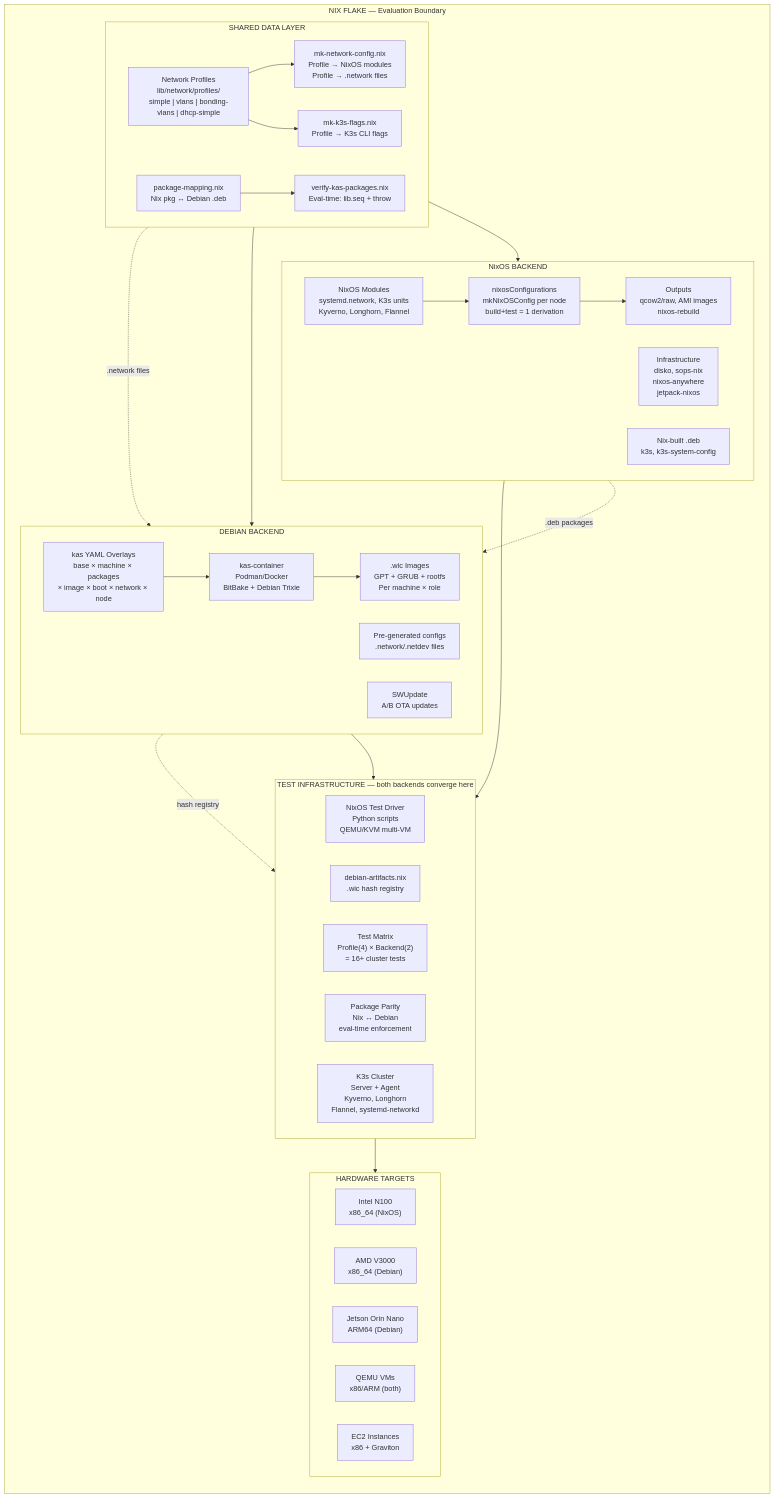
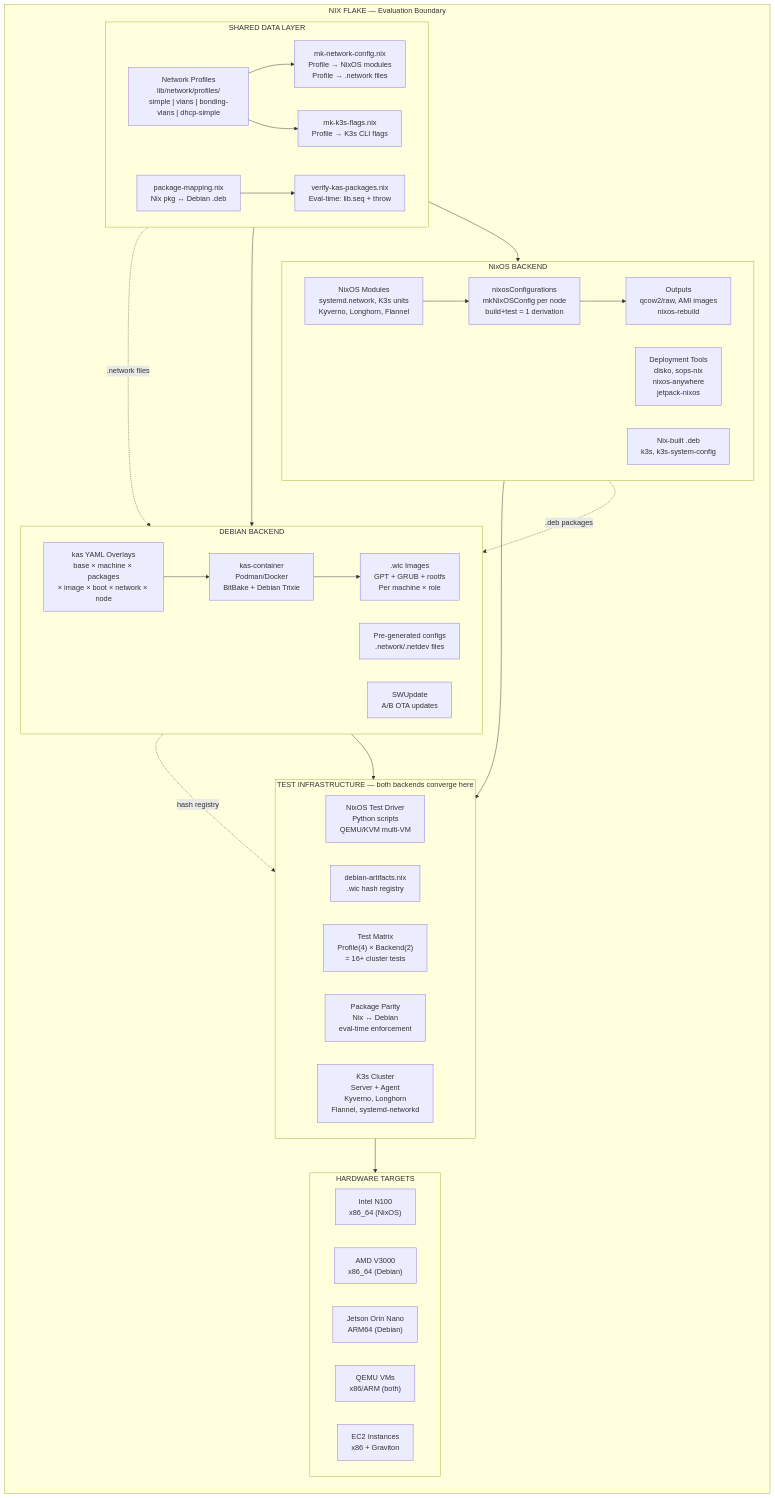
Before and after one commit to kyosaku-kai/n3x: the first of 3 diagrams in docs/diagrams/n3x-architecture.md, drawn with Mermaid. The commit also changed other lines of this file and 44 other files, not shown here.

````diff
--- a/docs/diagrams/n3x-architecture.md
+++ b/docs/diagrams/n3x-architecture.md
@@ -11,69 +11,69 @@
 ```mermaid
 flowchart TB
     subgraph FLAKE["NIX FLAKE — Evaluation Boundary"]
         direction TB
 
         subgraph DATA["SHARED DATA LAYER"]
             direction LR
             PROFILES["Network Profiles\nlib/network/profiles/\nsimple | vlans | bonding-vlans | dhcp-simple"]
             NETGEN["mk-network-config.nix\nProfile → NixOS modules\nProfile → .network files"]
             K3SGEN["mk-k3s-flags.nix\nProfile → K3s CLI flags"]
             PKGMAP["package-mapping.nix\nNix pkg ↔ Debian .deb"]
             VERIFY["verify-kas-packages.nix\nEval-time: lib.seq + throw"]
 
             PROFILES --> NETGEN
             PROFILES --> K3SGEN
             PKGMAP --> VERIFY
         end
 
         subgraph NIXOS["NixOS BACKEND"]
             direction LR
             NIXMOD["NixOS Modules\nsystemd.network, K3s units\nKyverno, Longhorn, Flannel"]
             NIXCFG["nixosConfigurations\nmkNixOSConfig per node\nbuild+test = 1 derivation"]
             NIXOUT["Outputs\nqcow2/raw, AMI images\nnixos-rebuild"]
-            NIXINFRA["Infrastructure\ndisko, sops-nix\nnixos-anywhere\njetpack-nixos"]
+            NIXINFRA["Deployment Tools\ndisko, sops-nix\nnixos-anywhere\njetpack-nixos"]
             NIXDEB["Nix-built .deb\nk3s, k3s-system-config"]
 
             NIXMOD --> NIXCFG --> NIXOUT
         end
 
         subgraph ISAR["DEBIAN BACKEND"]
             direction LR
             KAS["kas YAML Overlays\nbase × machine × packages\n× image × boot × network × node"]
             KASCTR["kas-container\nPodman/Docker\nBitBake + Debian Trixie"]
             WIC[".wic Images\nGPT + GRUB + rootfs\nPer machine × role"]
             ISARNET["Pre-generated configs\n.network/.netdev files"]
             SWU["SWUpdate\nA/B OTA updates"]
 
             KAS --> KASCTR --> WIC
         end
 
         subgraph TESTS["TEST INFRASTRUCTURE — both backends converge here"]
             direction LR
             DRIVER["NixOS Test Driver\nPython scripts\nQEMU/KVM multi-VM"]
             ARTIFACTS["debian-artifacts.nix\n.wic hash registry"]
             MATRIX["Test Matrix\nProfile(4) × Backend(2)\n= 16+ cluster tests"]
             PARITY["Package Parity\nNix ↔ Debian\neval-time enforcement"]
             K3S["K3s Cluster\nServer + Agent\nKyverno, Longhorn\nFlannel, systemd-networkd"]
         end
 
         subgraph HW["HARDWARE TARGETS"]
             direction LR
             N100["Intel N100\nx86_64 (NixOS)"]
             V3000["AMD V3000\nx86_64 (Debian)"]
             JETSON["Jetson Orin Nano\nARM64 (Debian)"]
             QEMU["QEMU VMs\nx86/ARM (both)"]
             EC2["EC2 Instances\nx86 + Graviton"]
         end
 
         DATA --> NIXOS
         DATA --> ISAR
         NIXOS --> TESTS
         ISAR --> TESTS
         TESTS --> HW
     end
 
     NIXDEB -. ".deb packages" .-> KAS
     NETGEN -. ".network files" .-> ISARNET
     WIC -. "hash registry" .-> ARTIFACTS
 ```
````
